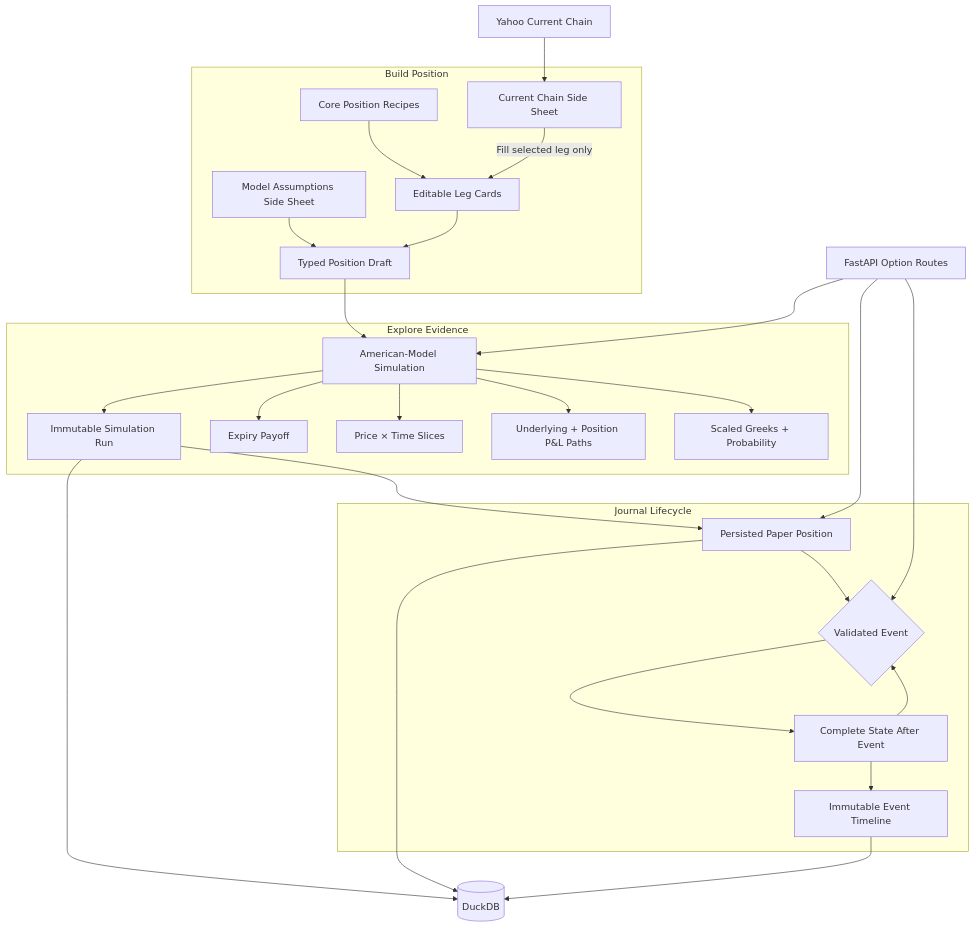
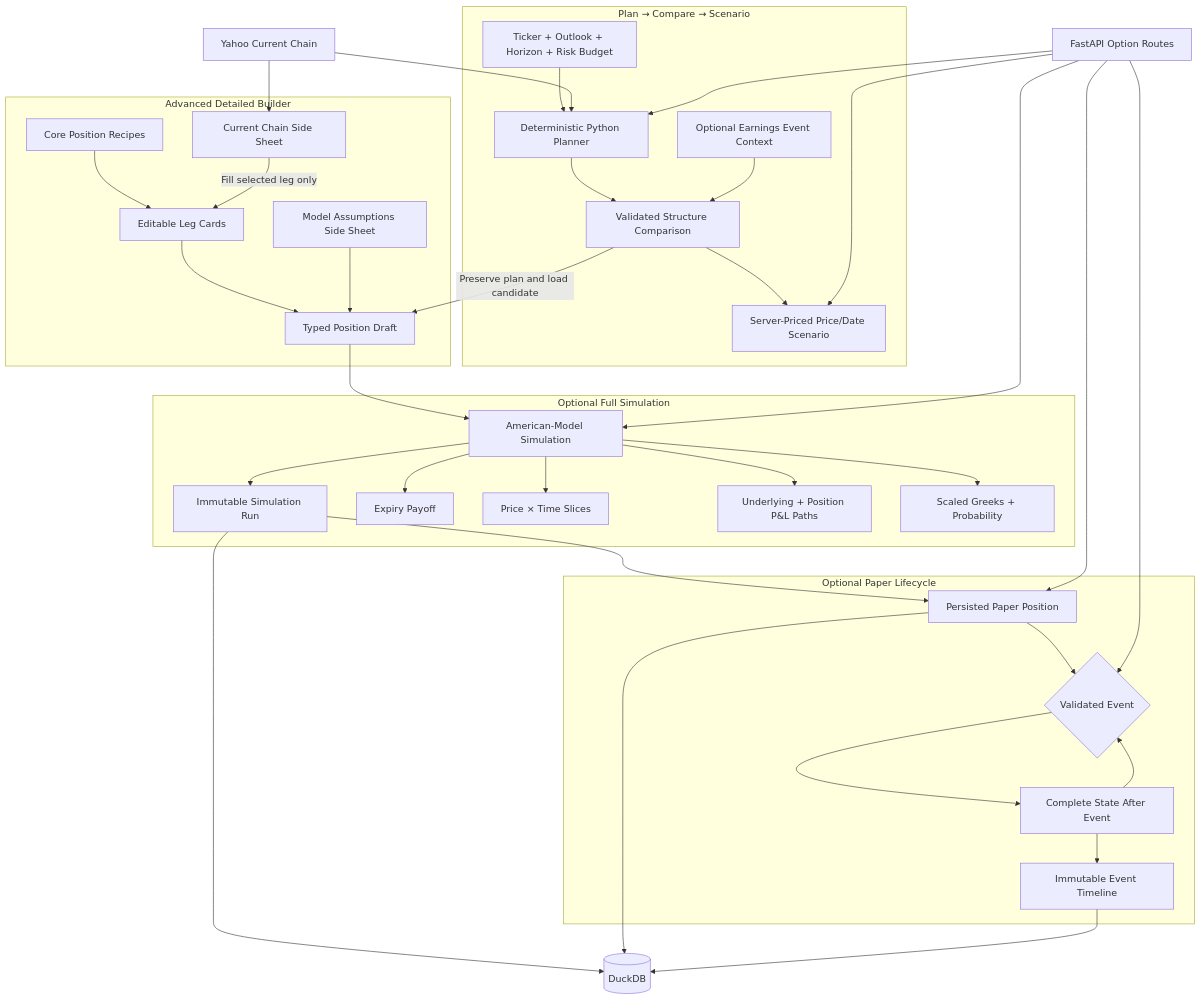
One commit to hoshinglee/gbb-terminal changed the third of 10 diagrams in docs/system-diagrams.md. Above: the diagram before and after it, drawn with Mermaid. The commit also changed other lines of this file and 104 other files, not shown here.

````diff
--- a/docs/system-diagrams.md
+++ b/docs/system-diagrams.md
@@ -148,48 +148,62 @@
 ```mermaid
 flowchart TB
-    subgraph Build[Build Position]
-        Recipes[Core Position Recipes]
-        Legs[Editable Leg Cards]
-        Chain[Current Chain Side Sheet]
-        Assumptions[Model Assumptions Side Sheet]
-        Recipes --> Legs
-        Chain -->|Fill selected leg only| Legs
-        Assumptions --> Draft
-        Legs --> Draft[Typed Position Draft]
+    subgraph Plan["Plan → Compare → Scenario"]
+        Intent["Ticker + Outlook + Horizon + Risk Budget"]
+        Planner["Deterministic Python Planner"]
+        Compare["Validated Structure Comparison"]
+        Scenario["Server-Priced Price/Date Scenario"]
+        Earnings["Optional Earnings Event Context"]
+        Intent --> Planner --> Compare --> Scenario
+        Earnings --> Compare
     end
 
-    subgraph Explore[Explore Evidence]
-        Simulate[American-Model Simulation]
-        Run[Immutable Simulation Run]
-        Payoff[Expiry Payoff]
-        Surface[Price × Time Slices]
-        Paths[Underlying + Position P&L Paths]
-        Greeks[Scaled Greeks + Probability]
+    subgraph Build["Advanced Detailed Builder"]
+        Recipes["Core Position Recipes"]
+        Legs["Editable Leg Cards"]
+        Chain["Current Chain Side Sheet"]
+        Assumptions["Model Assumptions Side Sheet"]
+        Draft["Typed Position Draft"]
+        Compare -->|"Preserve plan and load candidate"| Draft
+        Recipes --> Legs --> Draft
+        Chain -->|"Fill selected leg only"| Legs
+        Assumptions --> Draft
+    end
+
+    subgraph Explore["Optional Full Simulation"]
+        Simulate["American-Model Simulation"]
+        Run["Immutable Simulation Run"]
+        Payoff["Expiry Payoff"]
+        Surface["Price × Time Slices"]
+        Paths["Underlying + Position P&L Paths"]
+        Greeks["Scaled Greeks + Probability"]
         Draft --> Simulate
         Simulate --> Run
         Simulate --> Payoff
         Simulate --> Surface
         Simulate --> Paths
         Simulate --> Greeks
     end
 
-    subgraph Journal[Journal Lifecycle]
-        Position[Persisted Paper Position]
-        Decision{Validated Event}
-        State[Complete State After Event]
-        Ledger[Immutable Event Timeline]
+    subgraph Journal["Optional Paper Lifecycle"]
+        Position["Persisted Paper Position"]
+        Decision{"Validated Event"}
+        State["Complete State After Event"]
+        Ledger["Immutable Event Timeline"]
         Run --> Position
         Position --> Decision
         Decision --> State
         State --> Ledger
         State --> Decision
     end
 
-    Yahoo[Yahoo Current Chain] --> Chain
-    OptionAPI[FastAPI Option Routes] --> Simulate
+    Yahoo["Yahoo Current Chain"] --> Planner
+    Yahoo --> Chain
+    OptionAPI["FastAPI Option Routes"] --> Planner
+    OptionAPI --> Scenario
+    OptionAPI --> Simulate
     OptionAPI --> Position
     OptionAPI --> Decision
     Run --> DuckDB[(DuckDB)]
     Position --> DuckDB
     Ledger --> DuckDB
 ```
````
